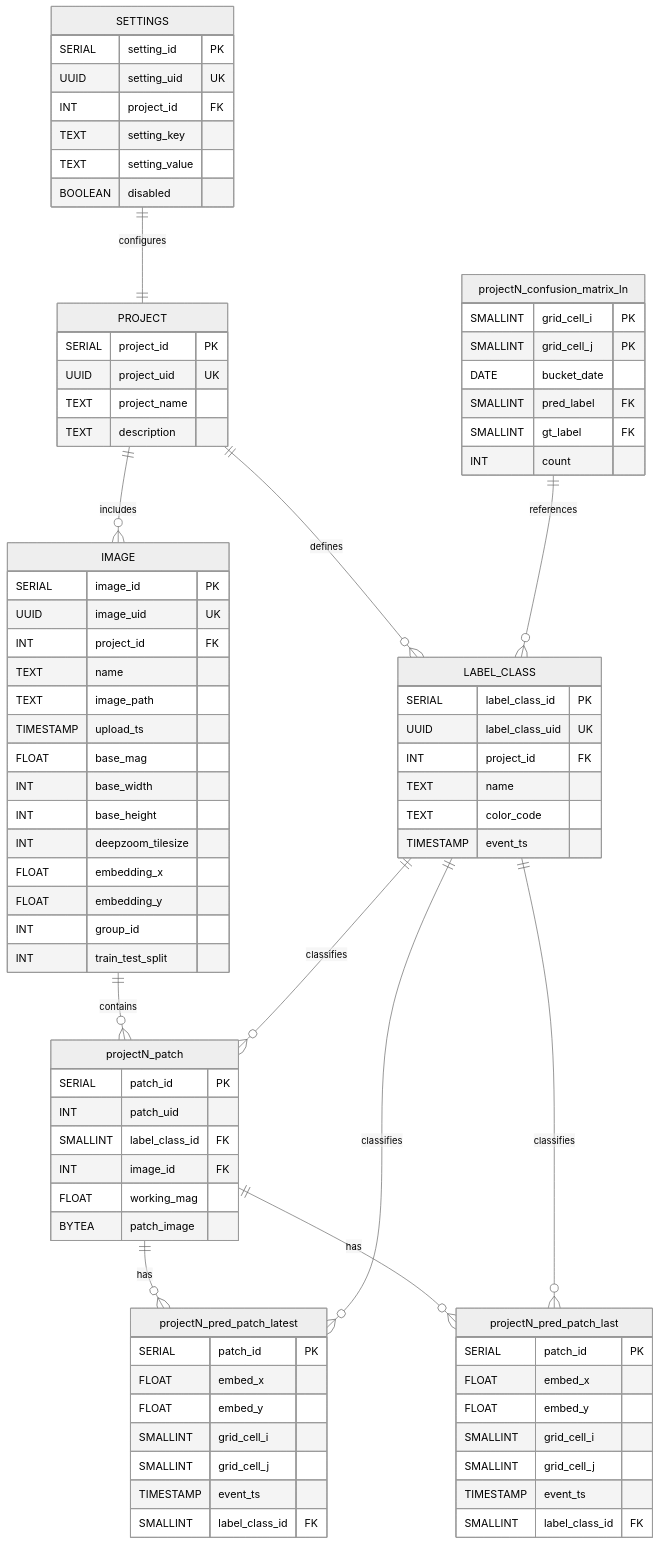
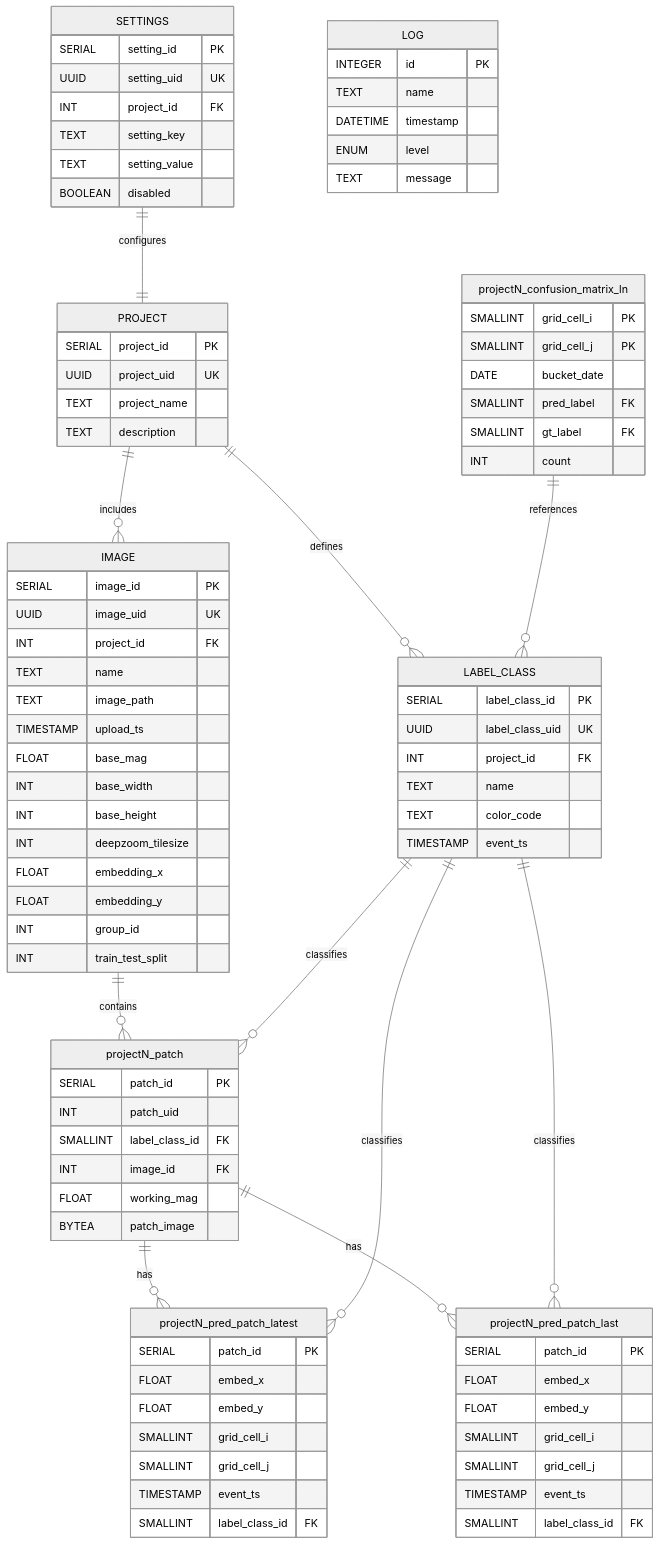
Before and after one commit to choosehappy/PatchSorter: the diagram in docs/source/design_material_draft2/db_technical_design.md, drawn with Mermaid (neutral theme). The commit also changed other lines of this file, not shown here.

Commit message:
add log table to dd

```diff
--- a/docs/source/design_material_draft2/db_technical_design.md
+++ b/docs/source/design_material_draft2/db_technical_design.md
@@ -210,6 +259,13 @@
         SMALLINT gt_label FK
         INT count
     }
+    LOG {
+        INTEGER id PK
+        TEXT name
+        DATETIME timestamp
+        ENUM level
+        TEXT message
+    }
 
     SETTINGS ||--|| PROJECT : "configures"
     PROJECT ||--o{ IMAGE : "includes"
```
